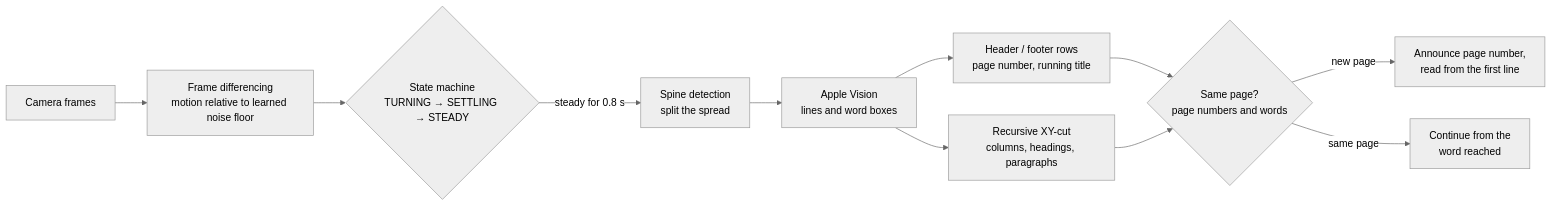
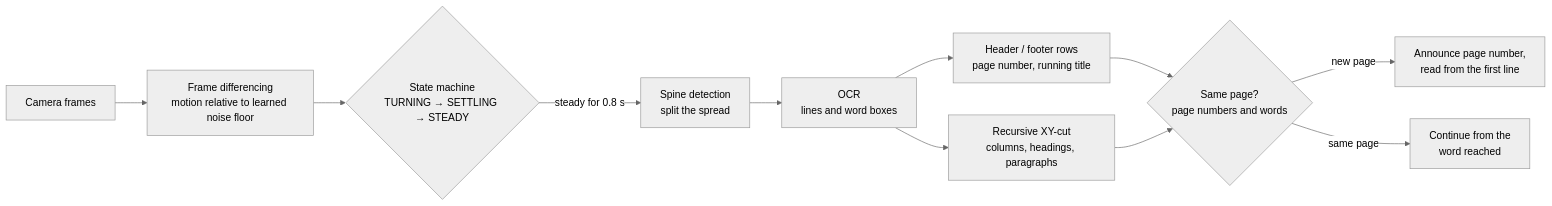
One commit to neerajprao/Helping_Eyes-main changed the second of 2 diagrams in README.md. Above: the diagram before and after it, drawn with Mermaid (neutral theme). The commit also changed other lines of this file and 17 other files, not shown here.

Commit message:
removed graphyfy

````diff
--- a/README.md
+++ b/README.md
@@ -331,13 +328,13 @@
 ```mermaid
 flowchart LR
     F[Camera frames] --> M[Frame differencing<br/>motion relative to learned noise floor]
     M --> S{State machine<br/>TURNING → SETTLING → STEADY}
     S -- steady for 0.8 s --> SP[Spine detection<br/>split the spread]
-    SP --> V[Apple Vision<br/>lines and word boxes]
+    SP --> V[OCR<br/>lines and word boxes]
     V --> H[Header / footer rows<br/>page number, running title]
     V --> X[Recursive XY-cut<br/>columns, headings, paragraphs]
     H --> D{Same page?<br/>page numbers and words}
     X --> D
     D -- new page --> R[Announce page number,<br/>read from the first line]
     D -- same page --> C[Continue from the<br/>word reached]
 ```
````
